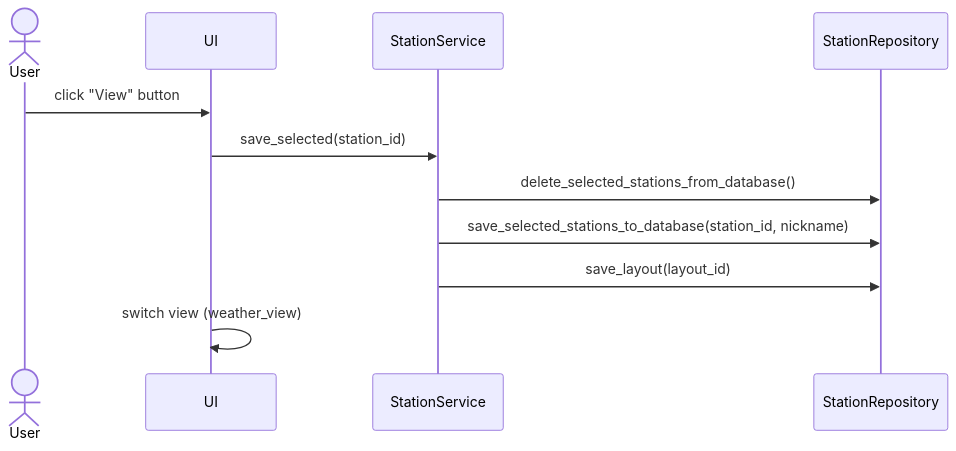
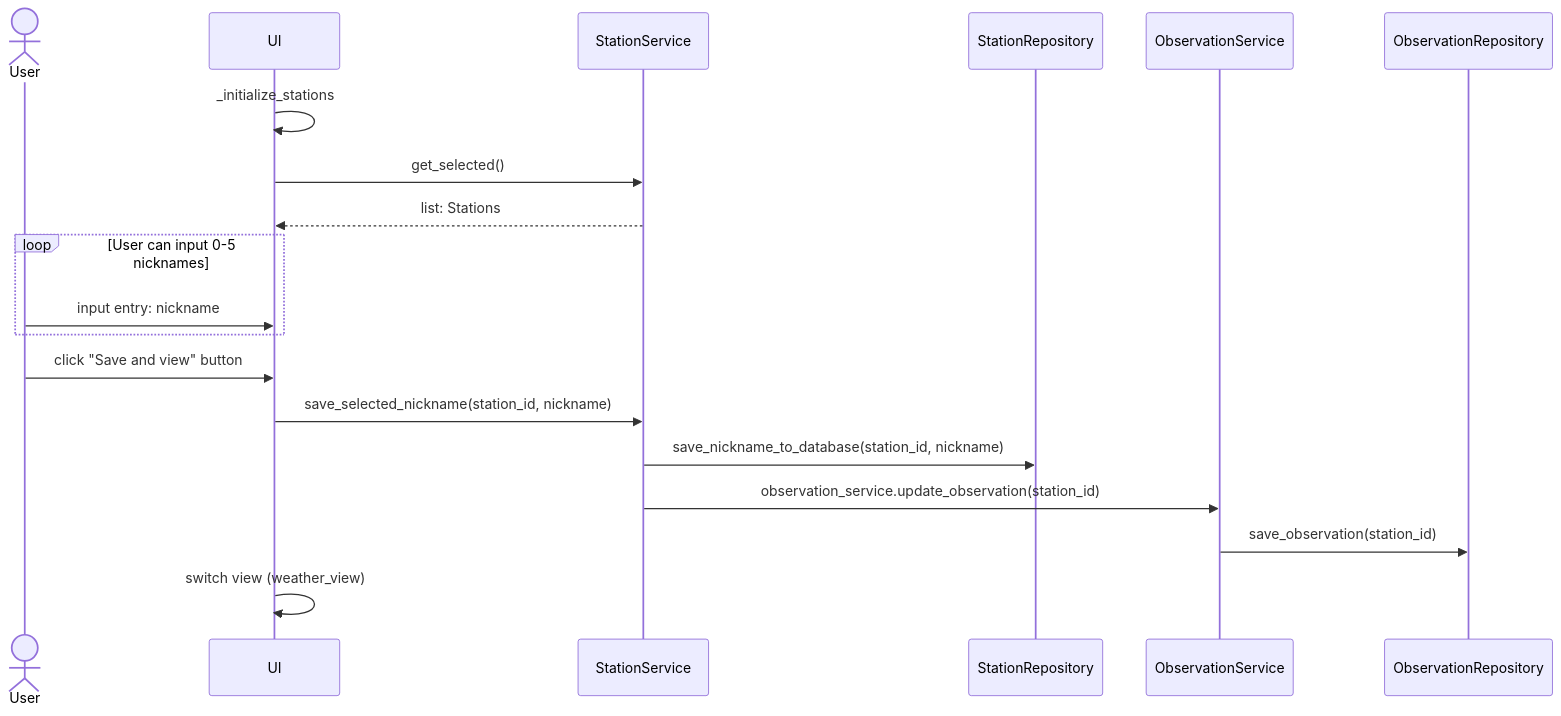
Before and after one commit to mcpaulafi/ot-harjoitustyo: the fifth of 7 diagrams in dokumentaatio/architecture.md, drawn with Mermaid. The commit also changed other lines of this file and 2 other files, not shown here.

````diff
--- a/dokumentaatio/architecture.md
+++ b/dokumentaatio/architecture.md
@@ -148,17 +193,27 @@
 ```mermaid
 sequenceDiagram
     actor User
     participant UI
     participant StationService
     participant StationRepository
+    participant ObservationService
+    participant ObservationRepository
 
-    User->> UI: click "View" button
-    UI->>StationService: save_selected(station_id)
-    StationService->>StationRepository: delete_selected_stations_from_database()
-    StationService->>StationRepository: save_selected_stations_to_database(station_id, nickname)
-    StationService->>StationRepository: save_layout(layout_id)
+    UI->>UI: _initialize_stations
+    UI->>StationService : get_selected()
+    StationService-->>UI: list: Stations
+
+    loop User can input 0-5 nicknames
+        User->> UI: input entry: nickname
+    end
+    User->> UI: click "Save and view" button
+    UI->>StationService: save_selected_nickname(station_id, nickname)
+
+    StationService->>StationRepository: save_nickname_to_database(station_id, nickname)
+    StationService->>ObservationService: observation_service.update_observation(station_id)
+    ObservationService->>ObservationRepository: save_observation(station_id)
 
     UI->>UI: switch view (weather_view)
 
 
 ```
````
